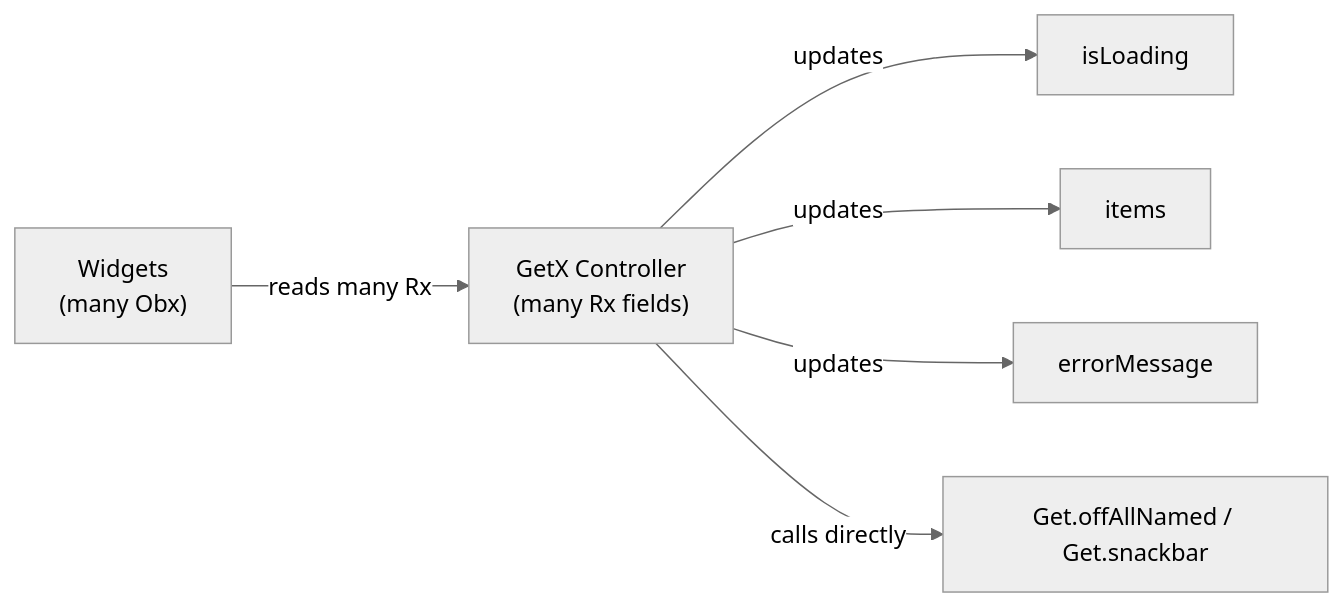
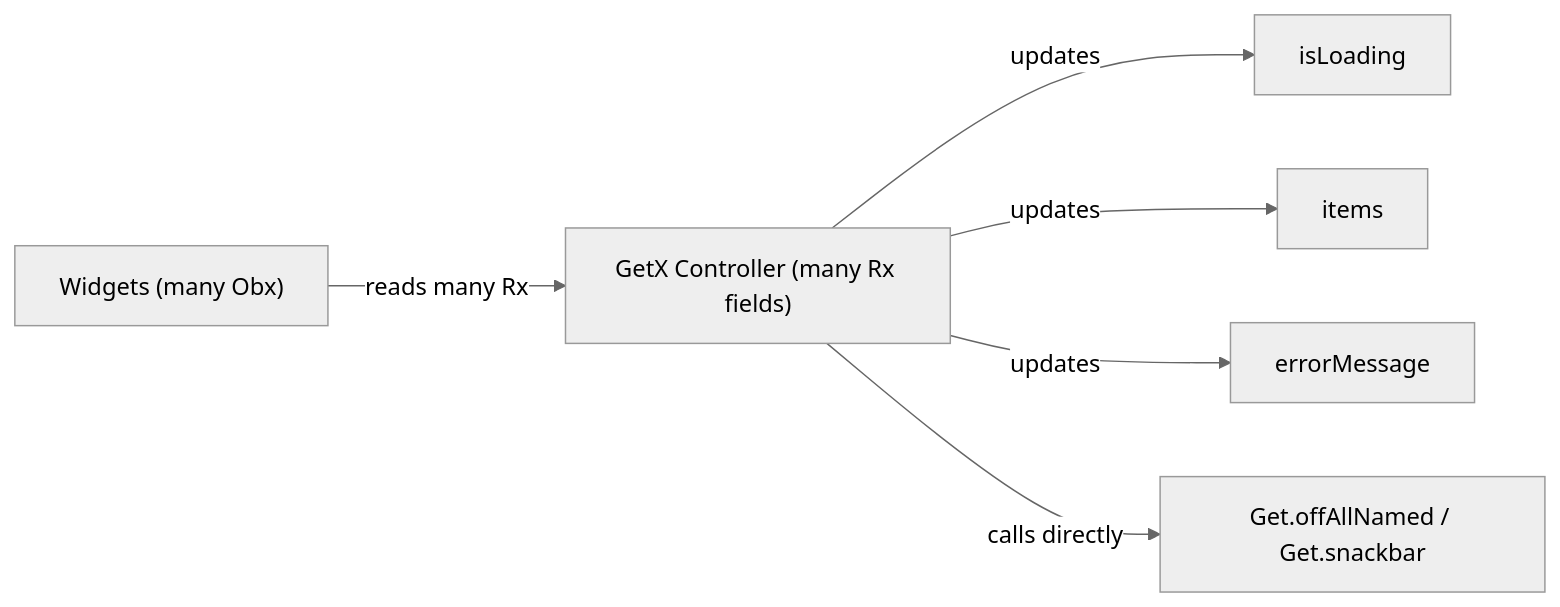
One commit to fikrilal/code-alchemy changed the first of 4 diagrams in src/content/blog/getx-in-cubit-style-single-state-effects.mdx. Above: the diagram before and after it, drawn with Mermaid (neutral theme). The commit also changed other lines of this file, not shown here.

First line of the commit message:
docs(blog): update mermaid diagrams formatting in getx article

````diff
--- a/src/content/blog/getx-in-cubit-style-single-state-effects.mdx
+++ b/src/content/blog/getx-in-cubit-style-single-state-effects.mdx
@@ -99,8 +99,8 @@
 ```mermaid
 flowchart LR
-    UI["Widgets\n(many Obx)"] -->|reads many Rx| C["GetX Controller\n(many Rx fields)"]
+    UI["Widgets (many Obx)"] -->|reads many Rx| C["GetX Controller (many Rx fields)"]
     C -->|updates| Rx1["isLoading"]
     C -->|updates| Rx2["items"]
     C -->|updates| Rx3["errorMessage"]
     C -->|calls directly| Nav["Get.offAllNamed / Get.snackbar"]
 ```
````
